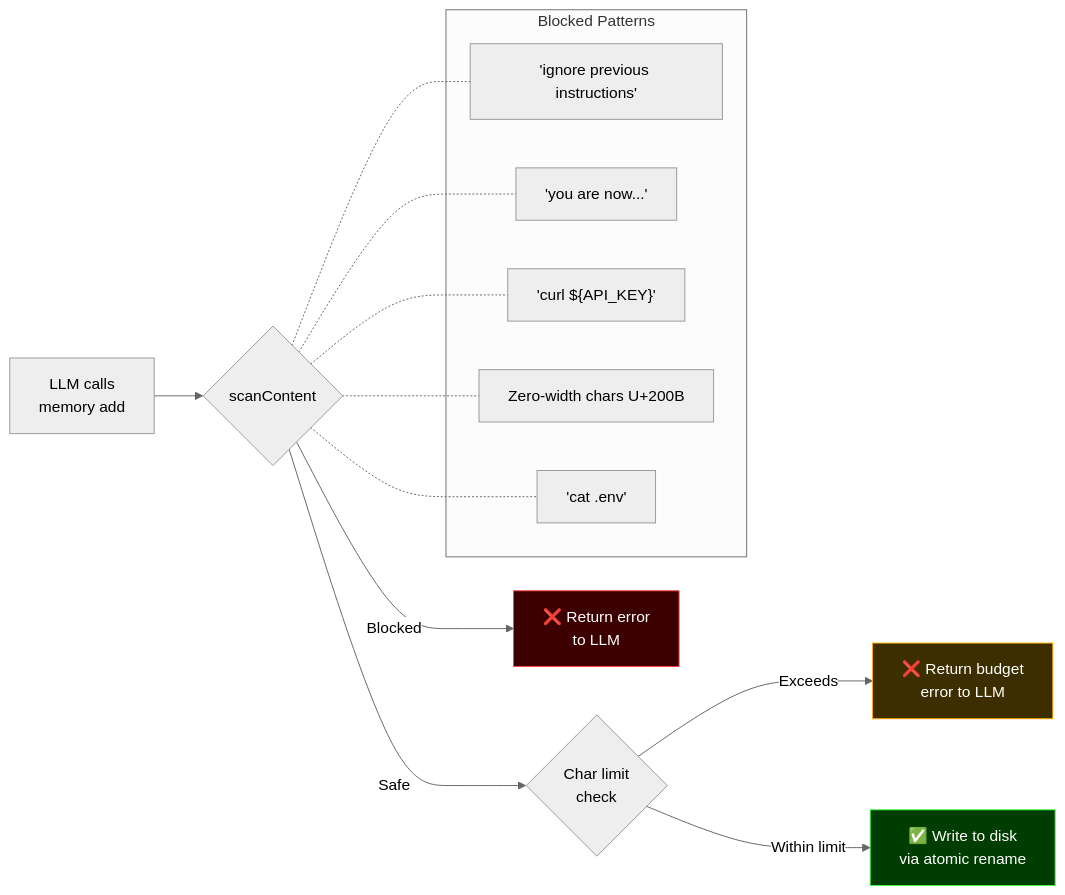
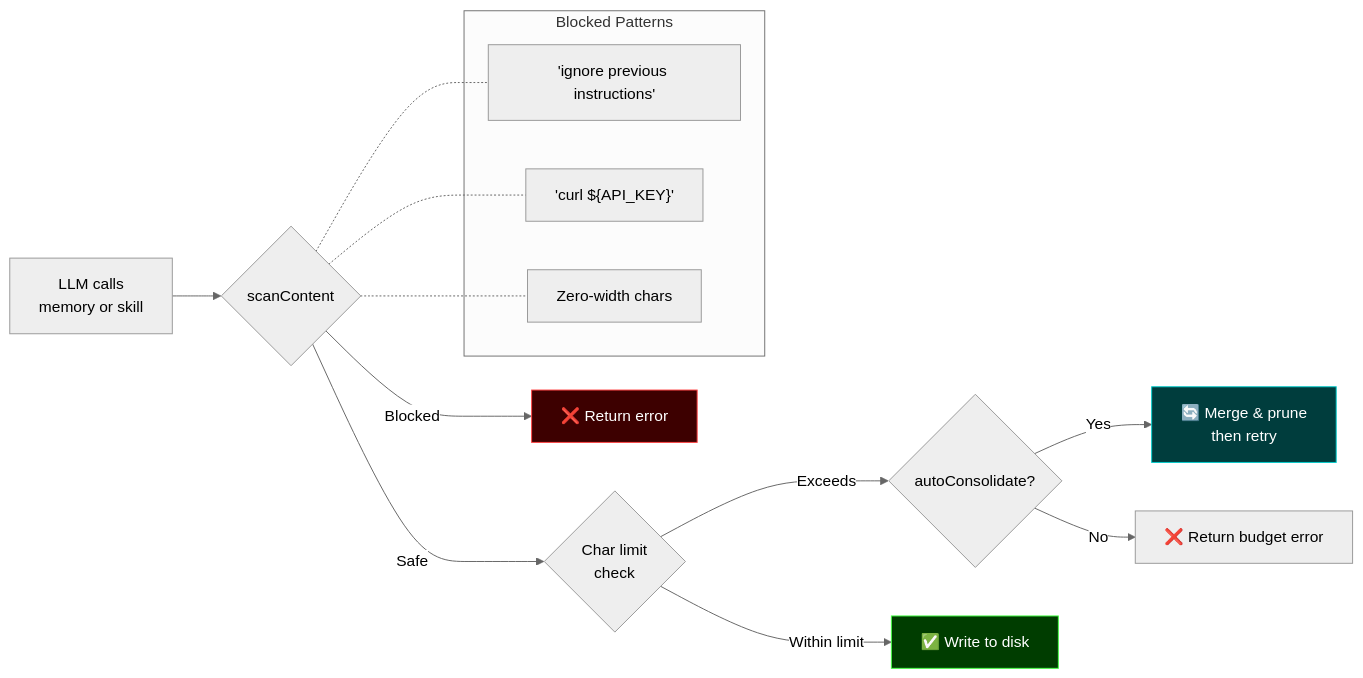
One commit to chandra447/pi-hermes-memory changed the third of 4 diagrams in README.md. Above: the diagram before and after it, drawn with Mermaid (neutral theme). The commit also changed other lines of this file and 26 other files, not shown here.

````diff
--- a/README.md
+++ b/README.md
@@ -105,26 +112,24 @@
 ```mermaid
 flowchart LR
-    A["LLM calls<br/>memory add"] --> B{scanContent}
-    B -->|Blocked| C["❌ Return error<br/>to LLM"]
+    A["LLM calls<br/>memory or skill"] --> B{scanContent}
+    B -->|Blocked| C["❌ Return error"]
     B -->|Safe| D{Char limit<br/>check}
-    D -->|Exceeds| E["❌ Return budget<br/>error to LLM"]
-    D -->|Within limit| F["✅ Write to disk<br/>via atomic rename"]
+    D -->|Exceeds| E{autoConsolidate?}
+    E -->|Yes| G["🔄 Merge & prune<br/>then retry"]
+    E -->|No| F["❌ Return budget error"]
+    D -->|Within limit| H["✅ Write to disk"]
 
     subgraph "Blocked Patterns"
         P1["'ignore previous instructions'"]
-        P2["'you are now...'"]
-        P3["'curl ${API_KEY}'"]
-        P4["Zero-width chars U+200B"]
-        P5["'cat .env'"]
+        P2["'curl ${API_KEY}'"]
+        P3["Zero-width chars"]
     end
 
     B -.- P1
     B -.- P2
     B -.- P3
-    B -.- P4
-    B -.- P5
 
     style C fill:#3d0000,stroke:#ff4444,color:#fff
-    style E fill:#3d2e00,stroke:#ffaa00,color:#fff
-    style F fill:#003d00,stroke:#44ff44,color:#fff
+    style G fill:#003d3d,stroke:#00cccc,color:#fff
+    style H fill:#003d00,stroke:#44ff44,color:#fff
 ```
````
